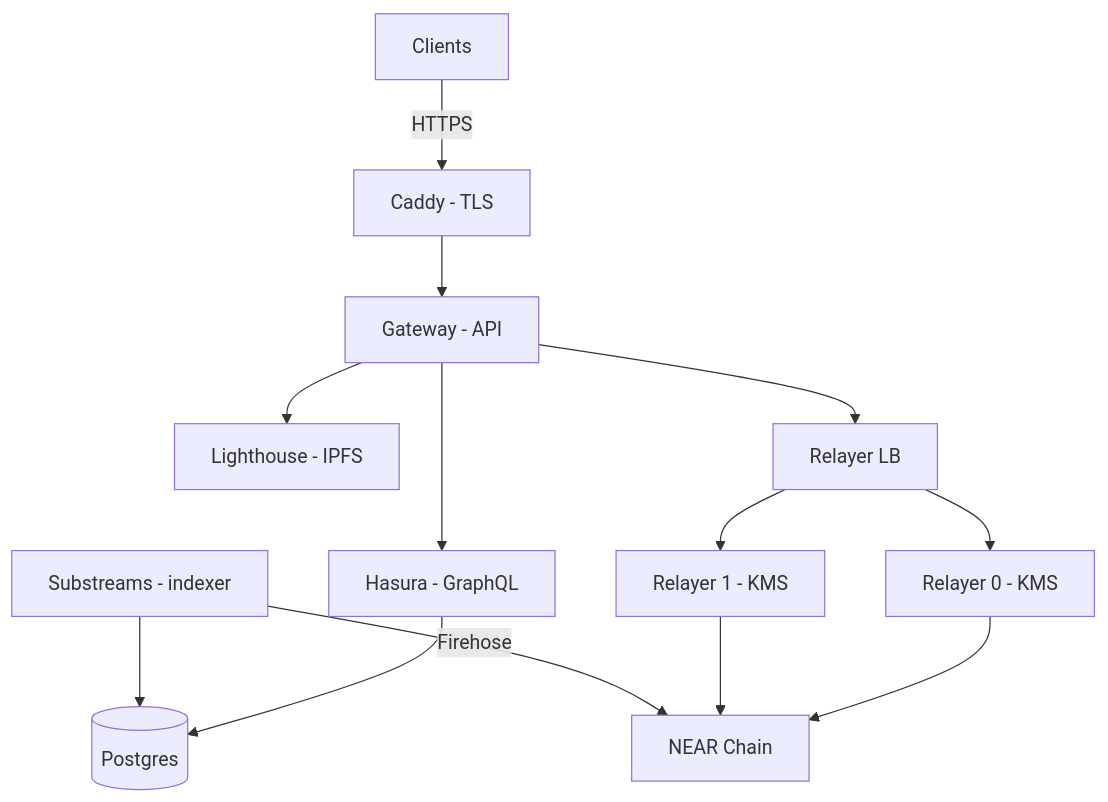
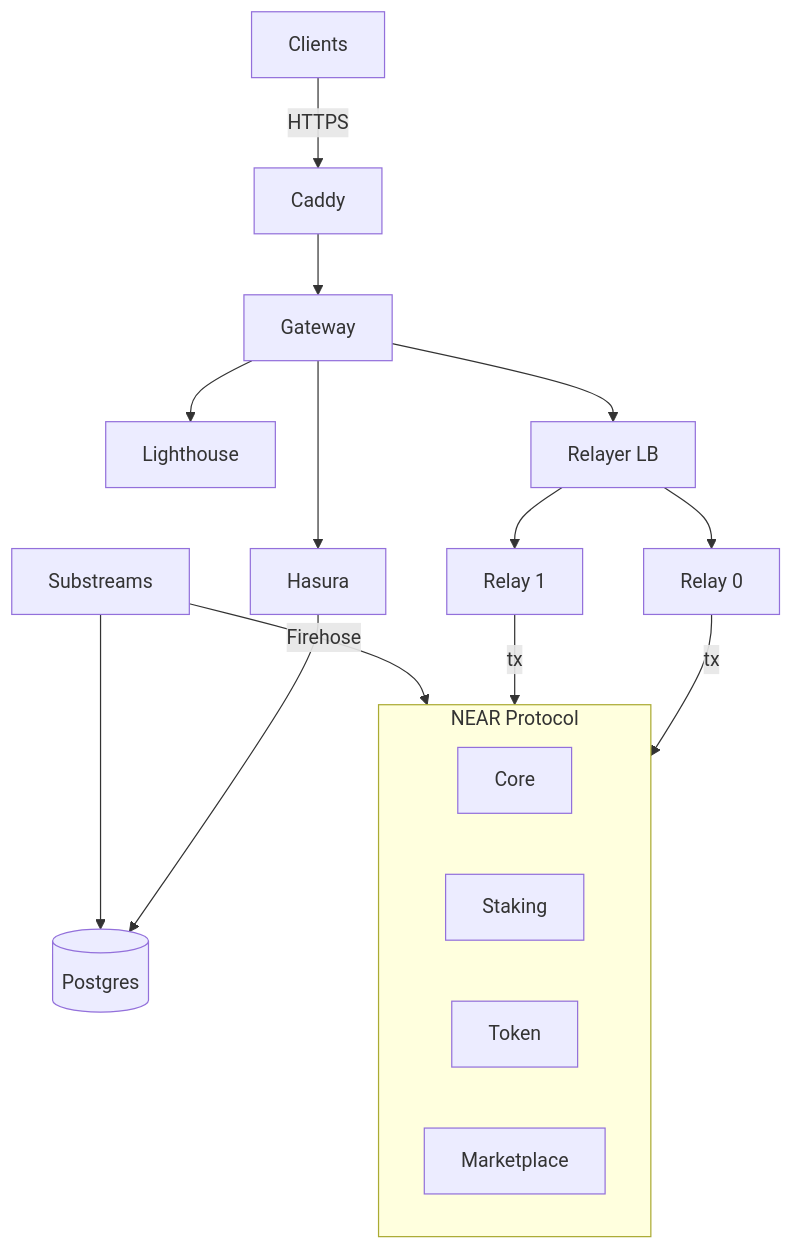
One commit to OnSocial-Labs/onsocial-protocol changed the diagram in README.md. Above: the diagram before and after it, drawn with Mermaid. The commit also changed 1 other file, not shown here.

Commit message:
fix: AtomicU32 gated behind gcp feature, mermaid architecture diagram
- Gate AtomicU32 import behind #[cfg(feature = gcp)] — zero warnings
- Replace ASCII architecture with compact Mermaid diagram (mobile-friendly)
- Contracts shown in NEAR Protocol subgraph

````diff
--- a/README.md
+++ b/README.md
@@ -37,15 +37,21 @@
 ```mermaid
 graph TD
-    Clients -->|HTTPS| Caddy[Caddy - TLS]
-    Caddy --> Gateway[Gateway - API]
-    Gateway --> Hasura[Hasura - GraphQL]
-    Gateway --> Lighthouse[Lighthouse - IPFS]
-    Gateway --> LB[Relayer LB]
-    LB --> R0[Relayer 0 - KMS]
-    LB --> R1[Relayer 1 - KMS]
-    Hasura --> Postgres[(Postgres)]
-    R0 --> NEAR[NEAR Chain]
-    R1 --> NEAR
-    Substreams[Substreams - indexer] -->|Firehose| NEAR
-    Substreams --> Postgres
+    C[Clients] -->|HTTPS| CD[Caddy]
+    CD --> GW[Gateway]
+
+    GW --> H[Hasura]
+    GW --> LH[Lighthouse]
+    GW --> LB[Relayer LB]
+
+    H --> PG[(Postgres)]
+    LB --> R0[Relay 0]
+    LB --> R1[Relay 1]
+
+    R0 & R1 -->|tx| NEAR
+    SS[Substreams] -->|Firehose| NEAR
+    SS --> PG
+
+    subgraph NEAR[NEAR Protocol]
+        Core & Staking & Token & Marketplace
+    end
 ```
````
